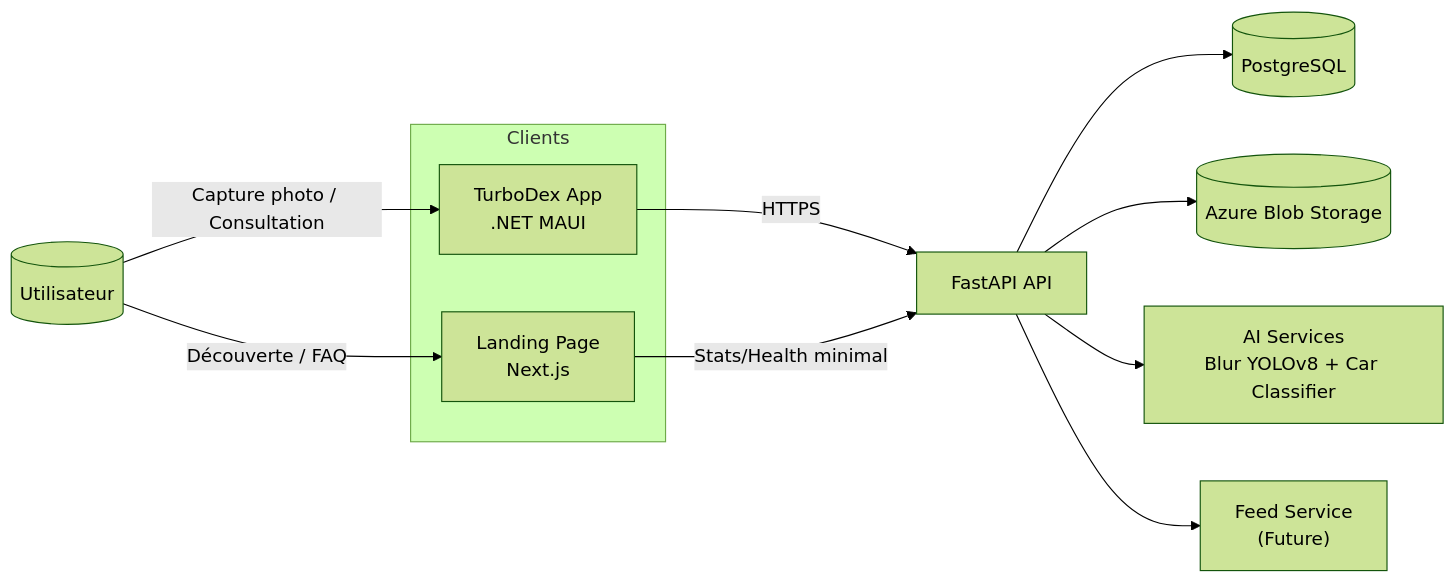
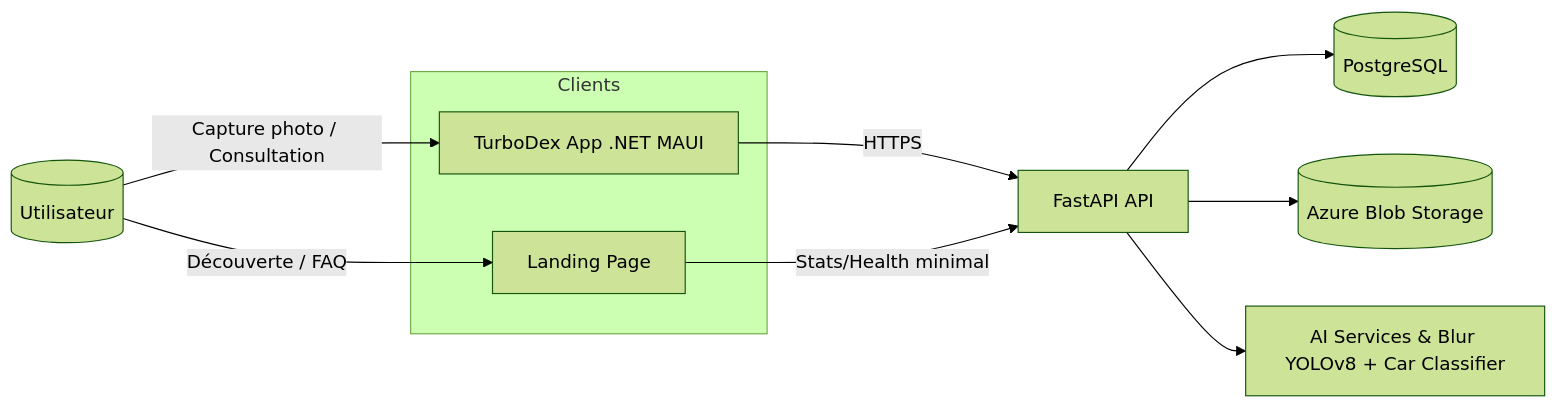
The diagram in docs/architecture.md (Dansnts/TurboDex), drawn with Mermaid (forest theme) before and after one commit.

````diff
--- a/docs/architecture.md
+++ b/docs/architecture.md
@@ -1,26 +1,22 @@
 ```mermaid
 flowchart LR
   user[(Utilisateur)]
 
   subgraph Clients
-    MAUI["TurboDex App\n.NET MAUI"]
-    LP["Landing Page\nNext.js"]
+    MAUI["TurboDex App .NET MAUI"]
+    LP["Landing Page"]
   end
 
   API[FastAPI API]
-  AI["AI Services\nBlur YOLOv8 + Car Classifier"]
+  AI["AI Services & Blur YOLOv8 + Car Classifier"]
   DB[(PostgreSQL)]
   BLOB[(Azure Blob Storage)]
-  FEED["Feed Service\n(Future)"]
 
   user -->|Capture photo / Consultation| MAUI
   user -->|Découverte / FAQ| LP
   MAUI -->|HTTPS| API
   LP -->|Stats/Health minimal| API
   API --> DB
   API --> BLOB
   API --> AI
-  API --> FEED
-
-
 ```
````
